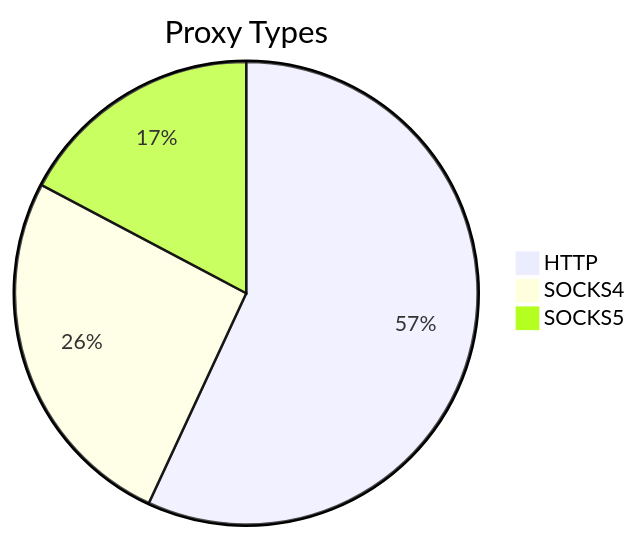
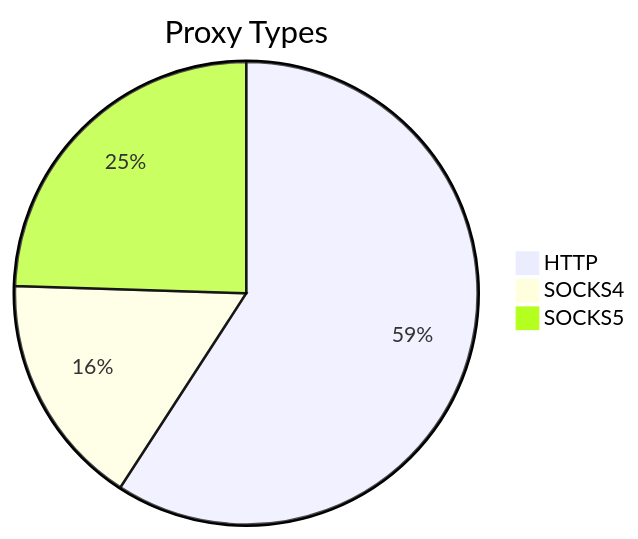
Before and after one commit to stormsia/proxy-list: the first of 2 diagrams in README.md, drawn with Mermaid. The commit also changed other lines of this file, not shown here.

````diff
--- a/README.md
+++ b/README.md
@@ -21,6 +21,6 @@
 ```mermaid
 pie title Proxy Types
-    "HTTP" : 432
-    "SOCKS4" : 196
-    "SOCKS5" : 131
+    "HTTP" : 210
+    "SOCKS4" : 58
+    "SOCKS5" : 87
 ```
````
